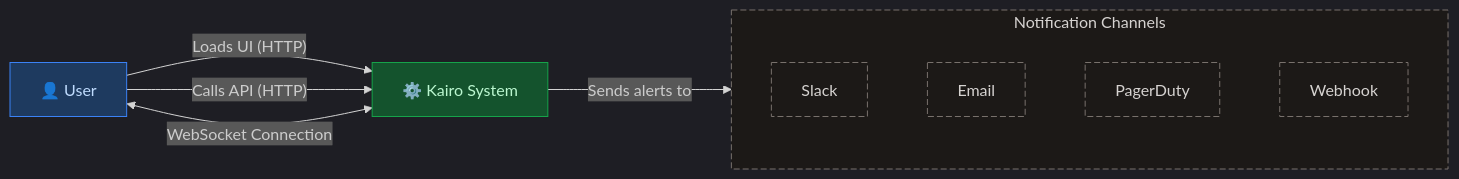
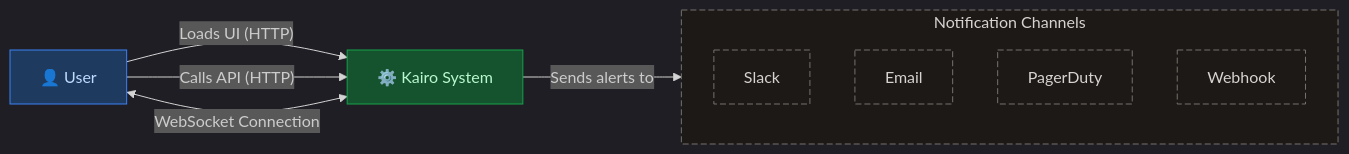
Before and after one commit to aaron-fredrick/kairo: the diagram in docs/architecture/c4/1-context.mmd, drawn with Mermaid. The commit also changed 18 other files, not shown here.

Commit message:
docs(architecture): Standardize C4 mermaid themes, add deployment diagram, and rewrite code diagrams as UML class diagrams

```diff
--- a/docs/architecture/c4/1-context.mmd
+++ b/docs/architecture/c4/1-context.mmd
@@ -1,34 +1,34 @@
 %%{init: {
   "theme": "dark",
   "flowchart": {
-    "nodeSpacing": 60,
-    "rankSpacing": 80
+    "nodeSpacing": 45,
+    "rankSpacing": 55
   }
 }}%%
 
 flowchart LR
     User["👤 User"]
 
     Kairo["⚙️ Kairo System"]
 
     subgraph NC["Notification Channels"]
         Slack["Slack"]
         Email["Email"]
         PagerDuty["PagerDuty"]
         Webhook["Webhook"]
     end
 
     User -->|"Loads UI (HTTP)"| Kairo
     User -->|"Calls API (HTTP)"| Kairo
     User <-->|"WebSocket Connection"| Kairo
 
     Kairo -->|Sends alerts to| NC
 
     %% ── Styles ───────────────────────────────────────────────────────────────
     classDef person    fill:#1e3a5f,stroke:#3b82f6,color:#bfdbfe
     classDef system    fill:#14532d,stroke:#16a34a,color:#bbf7d0
     classDef external  fill:#1c1917,stroke:#78716c,color:#d6d3d1,stroke-dasharray:6 3
 
     class User person
     class Kairo system
     class NC,Slack,Email,PagerDuty,Webhook external
```
